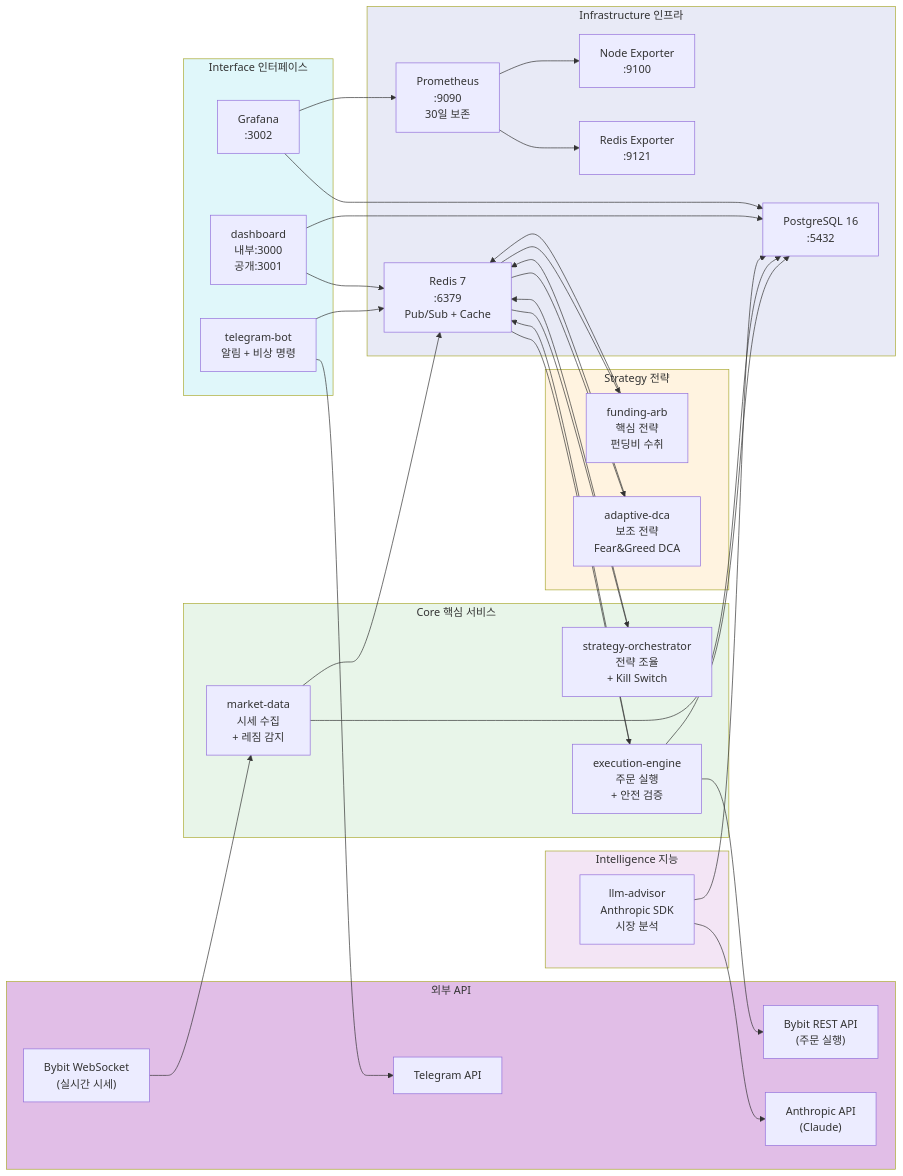
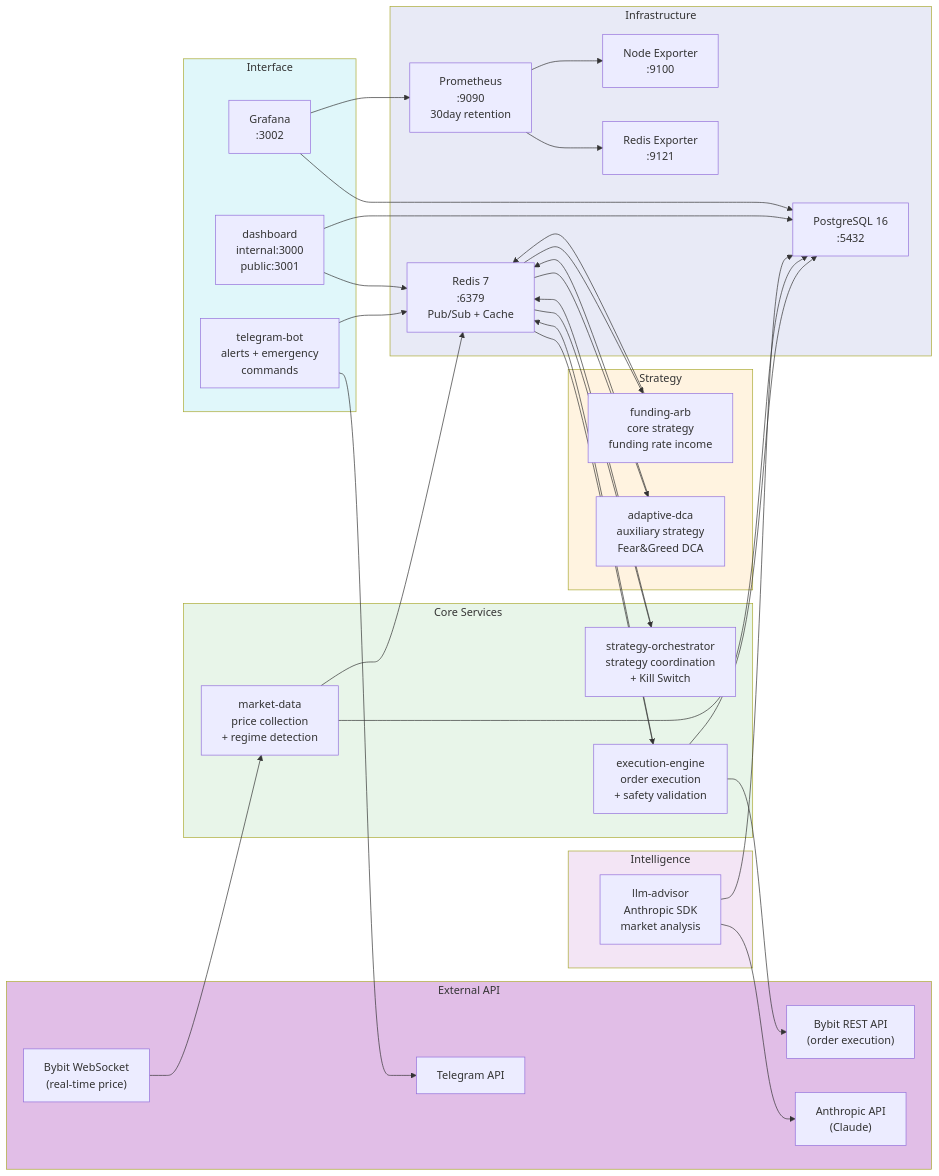
The second of 3 diagrams in cryptoengine/docs/architecture/system-overview.md (Justant-source/Bit-Mania), drawn with Mermaid before and after one commit. The commit also changed other lines of this file and 25 other files, not shown here.

First line of the commit message:
fix(docs): repair Mermaid diagrams for GitHub rendering (30 files)

````diff
--- a/cryptoengine/docs/architecture/system-overview.md
+++ b/cryptoengine/docs/architecture/system-overview.md
@@ -179,69 +179,69 @@
 ```mermaid
 graph LR
-    subgraph ext["외부 API"]
-        bybit_ws["Bybit WebSocket<br/>(실시간 시세)"]
-        bybit_rest["Bybit REST API<br/>(주문 실행)"]
+    subgraph ext["External API"]
+        bybit_ws["Bybit WebSocket<br/>(real-time price)"]
+        bybit_rest["Bybit REST API<br/>(order execution)"]
         telegram_api["Telegram API"]
         anthropic_api["Anthropic API<br/>(Claude)"]
     end
 
-    subgraph infra["Infrastructure 인프라"]
+    subgraph infra["Infrastructure"]
         pg["PostgreSQL 16<br/>:5432"]
         redis["Redis 7<br/>:6379<br/>Pub/Sub + Cache"]
-        prom["Prometheus<br/>:9090<br/>30일 보존"]
+        prom["Prometheus<br/>:9090<br/>30day retention"]
         node_exp["Node Exporter<br/>:9100"]
         redis_exp["Redis Exporter<br/>:9121"]
     end
 
-    subgraph core["Core 핵심 서비스"]
-        market_data["market-data<br/>시세 수집<br/>+ 레짐 감지"]
-        orchestrator["strategy-orchestrator<br/>전략 조율<br/>+ Kill Switch"]
-        execution["execution-engine<br/>주문 실행<br/>+ 안전 검증"]
+    subgraph core["Core Services"]
+        market_data["market-data<br/>price collection<br/>+ regime detection"]
+        orchestrator["strategy-orchestrator<br/>strategy coordination<br/>+ Kill Switch"]
+        execution["execution-engine<br/>order execution<br/>+ safety validation"]
     end
 
-    subgraph strat["Strategy 전략"]
-        funding["funding-arb<br/>핵심 전략<br/>펀딩비 수취"]
-        dca["adaptive-dca<br/>보조 전략<br/>Fear&Greed DCA"]
+    subgraph strat["Strategy"]
+        funding["funding-arb<br/>core strategy<br/>funding rate income"]
+        dca["adaptive-dca<br/>auxiliary strategy<br/>Fear&Greed DCA"]
     end
 
-    subgraph intel["Intelligence 지능"]
-        llm["llm-advisor<br/>Anthropic SDK<br/>시장 분석"]
+    subgraph intel["Intelligence"]
+        llm["llm-advisor<br/>Anthropic SDK<br/>market analysis"]
     end
 
-    subgraph iface["Interface 인터페이스"]
-        tg_bot["telegram-bot<br/>알림 + 비상 명령"]
-        dash["dashboard<br/>내부:3000<br/>공개:3001"]
+    subgraph iface["Interface"]
+        tg_bot["telegram-bot<br/>alerts + emergency<br/>commands"]
+        dash["dashboard<br/>internal:3000<br/>public:3001"]
         grafana["Grafana<br/>:3002"]
     end
 
     bybit_ws --> market_data
     market_data --> pg
     market_data --> redis
     redis --> orchestrator
     redis --> funding
     redis --> dca
     orchestrator --> redis
     funding --> redis
     dca --> redis
     redis --> execution
     execution --> bybit_rest
     execution --> pg
     execution --> redis
     llm --> anthropic_api
     llm --> pg
     tg_bot --> telegram_api
     tg_bot --> redis
     dash --> pg
     dash --> redis
     grafana --> pg
     grafana --> prom
     prom --> node_exp
     prom --> redis_exp
 
     style ext fill:#E1BEE7
     style infra fill:#E8EAF6
     style core fill:#E8F5E9
     style strat fill:#FFF3E0
     style intel fill:#F3E5F5
     style iface fill:#E0F7FA
 ```
````
